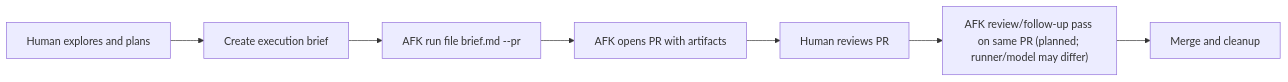
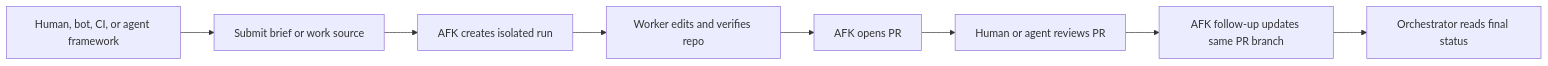
One commit to haletothewood/afk-geoff changed the diagram in README.md. Above: the diagram before and after it, drawn with Mermaid. The commit also changed other lines of this file and 14 other files, not shown here.

Commit message:
Add PR follow-up execution loop

````diff
--- a/README.md
+++ b/README.md
@@ -39,9 +43,10 @@
 ```mermaid
 flowchart LR
-  A["Human explores and plans"] --> B["Create execution brief"]
-  B --> C["AFK run file brief.md --pr"]
-  C --> D["AFK opens PR with artifacts"]
-  D --> E["Human reviews PR"]
-  E --> F["AFK review/follow-up pass on same PR (planned; runner/model may differ)"]
-  F --> G["Merge and cleanup"]
+  A["Human, bot, CI, or agent framework"] --> B["Submit brief or work source"]
+  B --> C["AFK creates isolated run"]
+  C --> D["Worker edits and verifies repo"]
+  D --> E["AFK opens PR"]
+  E --> F["Human or agent reviews PR"]
+  F --> G["AFK follow-up updates same PR branch"]
+  G --> H["Orchestrator reads final status"]
 ```
````
